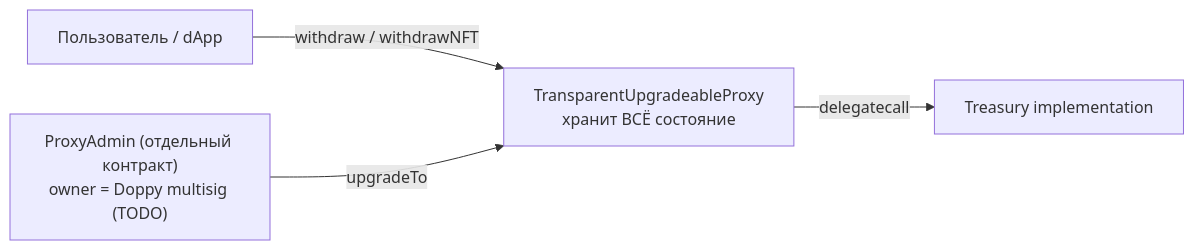
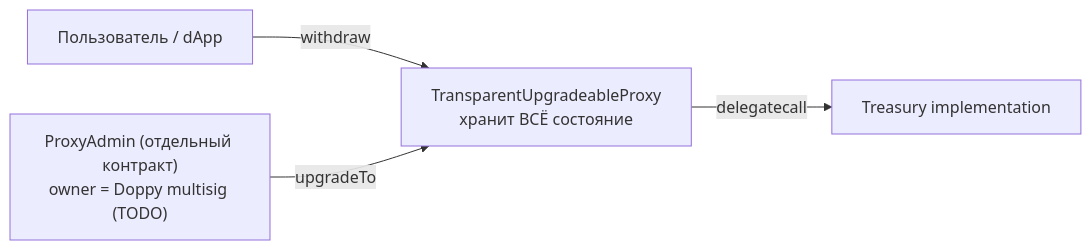
The diagram in doppy/README.md (rzhamaletdinov/chl_dpp_treasury), drawn with Mermaid before and after one commit. The commit also changed other lines of this file and 5 other files, not shown here.

````diff
--- a/doppy/README.md
+++ b/doppy/README.md
@@ -119,6 +301,6 @@
 ```mermaid
 flowchart LR
-    User["Пользователь / dApp"] -->|"withdraw / withdrawNFT"| Proxy[TransparentUpgradeableProxy<br/>хранит ВСЁ состояние]
+    User["Пользователь / dApp"] -->|"withdraw"| Proxy[TransparentUpgradeableProxy<br/>хранит ВСЁ состояние]
     Proxy -->|delegatecall| Impl[Treasury implementation]
     Admin["ProxyAdmin (отдельный контракт)<br/>owner = Doppy multisig (TODO)"] -->|upgradeTo| Proxy
 ```
````
